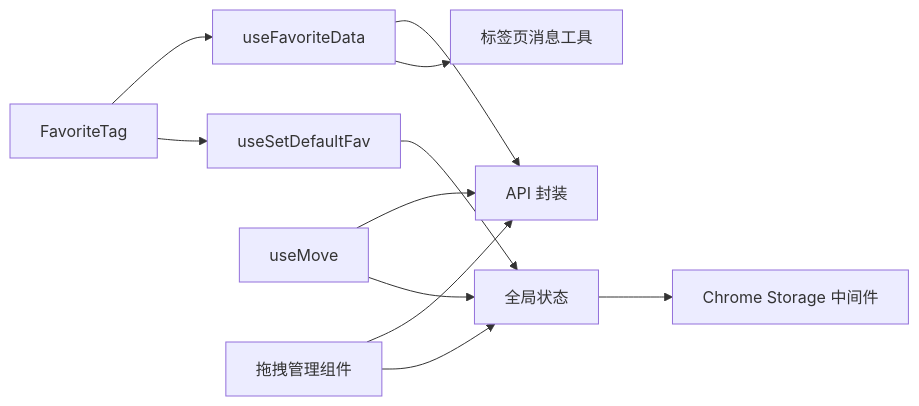
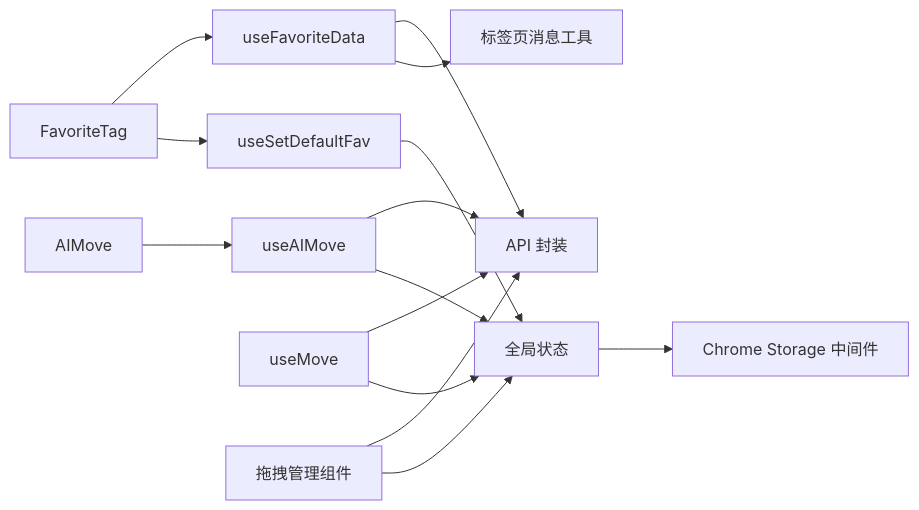
One commit to RadiumAg/bilibili-favorites changed the tenth of 10 diagrams in .qoder/repowiki/zh/content/核心功能模块/收藏夹管理系统.md. Above: the diagram before and after it, drawn with Mermaid. The commit also changed other lines of this file and 1 other file, not shown here.

````diff
--- a/.qoder/repowiki/zh/content/核心功能模块/收藏夹管理系统.md
+++ b/.qoder/repowiki/zh/content/核心功能模块/收藏夹管理系统.md
@@ -342,13 +405,16 @@
 ```mermaid
 graph LR
 FavoriteTag["FavoriteTag"] --> useFavoriteData["useFavoriteData"]
 FavoriteTag --> useSetDefaultFav["useSetDefaultFav"]
+AIMove["AIMove"] --> useAIMove["useAIMove"]
 useFavoriteData --> api["API 封装"]
 useFavoriteData --> tab["标签页消息工具"]
 useSetDefaultFav --> globalStore["全局状态"]
+useAIMove --> api
+useAIMove --> globalStore
 useMove["useMove"] --> api
 useMove --> globalStore
 DragManager["拖拽管理组件"] --> api
 DragManager --> globalStore
 globalStore --> storageMW["Chrome Storage 中间件"]
 ```
````
